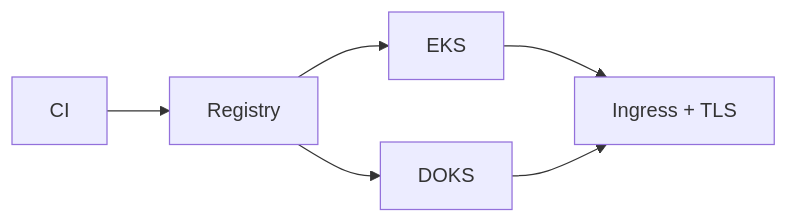
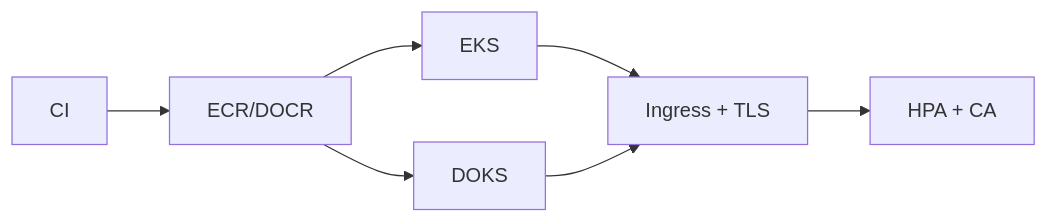
One commit to navin-kumar10/multicloud-kubernetes-platform changed the diagram in README.md. Above: the diagram before and after it, drawn with Mermaid. The commit also changed other lines of this file, not shown here.

````diff
--- a/README.md
+++ b/README.md
@@ -11,7 +21,9 @@
 ```mermaid
 flowchart LR
-  CI --> Registry --> EKS[EKS]
+  CI --> Registry[ECR/DOCR]
+  Registry --> EKS[EKS]
   Registry --> DOKS[DOKS]
   EKS --> Ingress[Ingress + TLS]
   DOKS --> Ingress
+  Ingress --> HPA[HPA + CA]
 ```
````
